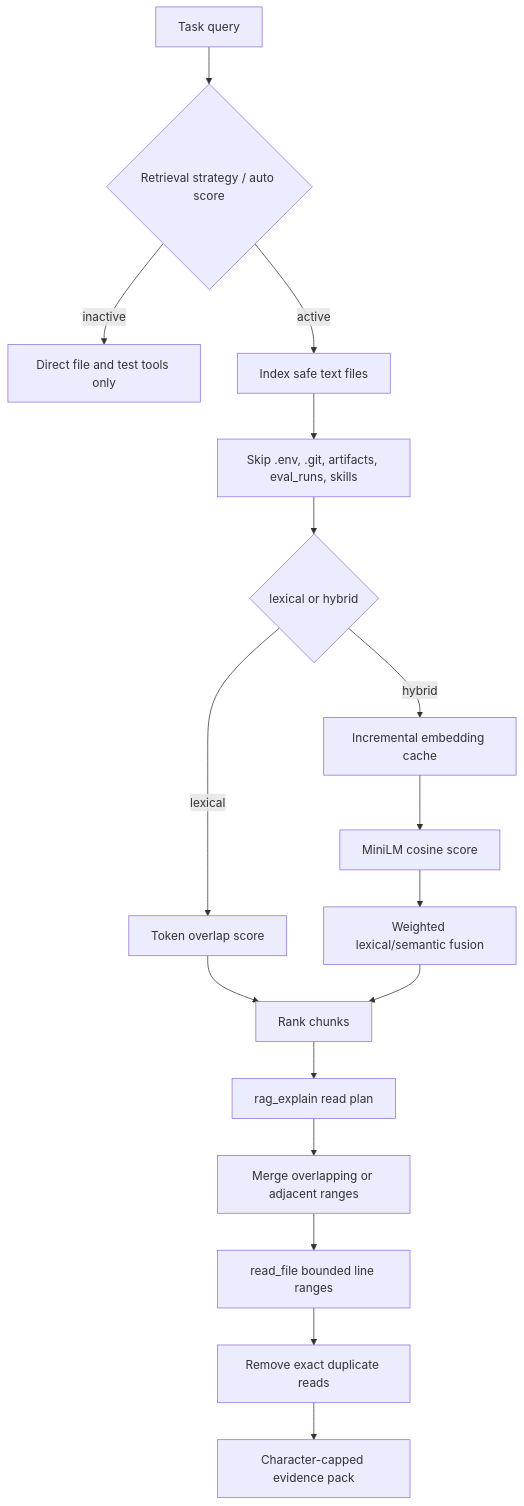
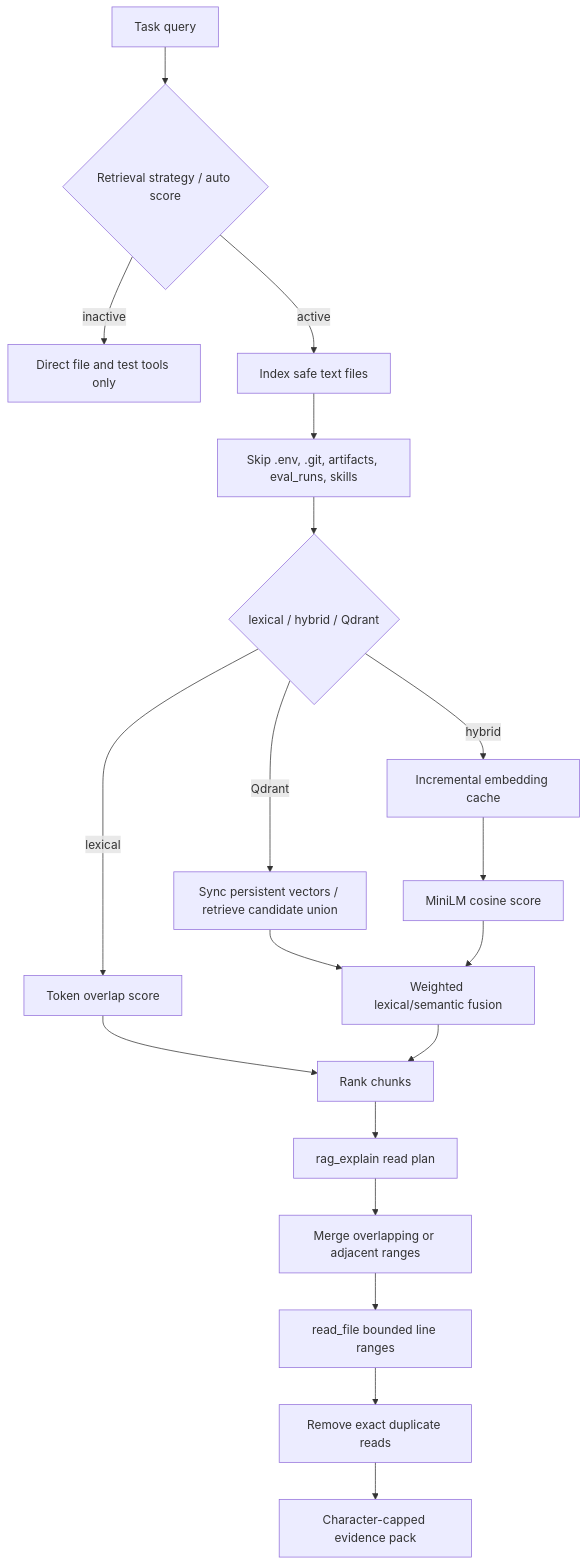
One commit to Userss1234/mini-coding-agent-harness changed the third of 5 diagrams in docs/ARCHITECTURE.md. Above: the diagram before and after it, drawn with Mermaid. The commit also changed other lines of this file and 62 other files, not shown here.

````diff
--- a/docs/ARCHITECTURE.md
+++ b/docs/ARCHITECTURE.md
@@ -147,19 +164,21 @@
 ```mermaid
 flowchart TD
     Query["Task query"] --> Gate{"Retrieval strategy / auto score"}
     Gate -->|inactive| Direct["Direct file and test tools only"]
     Gate -->|active| Index["Index safe text files"]
     Index --> Filter["Skip .env, .git, artifacts, eval_runs, skills"]
-    Filter --> Backend{"lexical or hybrid"}
+    Filter --> Backend{"lexical / hybrid / Qdrant"}
     Backend -->|lexical| Lexical["Token overlap score"]
     Backend -->|hybrid| Cache["Incremental embedding cache"]
+    Backend -->|Qdrant| Persistent["Sync persistent vectors / retrieve candidate union"]
+    Persistent --> Fuse
     Cache --> Semantic["MiniLM cosine score"]
     Semantic --> Fuse["Weighted lexical/semantic fusion"]
     Lexical --> Rank["Rank chunks"]
     Fuse --> Rank
     Rank --> Plan["rag_explain read plan"]
     Plan --> Merge["Merge overlapping or adjacent ranges"]
     Merge --> Read["read_file bounded line ranges"]
     Read --> Deduplicate["Remove exact duplicate reads"]
     Deduplicate --> Pack["Character-capped evidence pack"]
 ```
````
